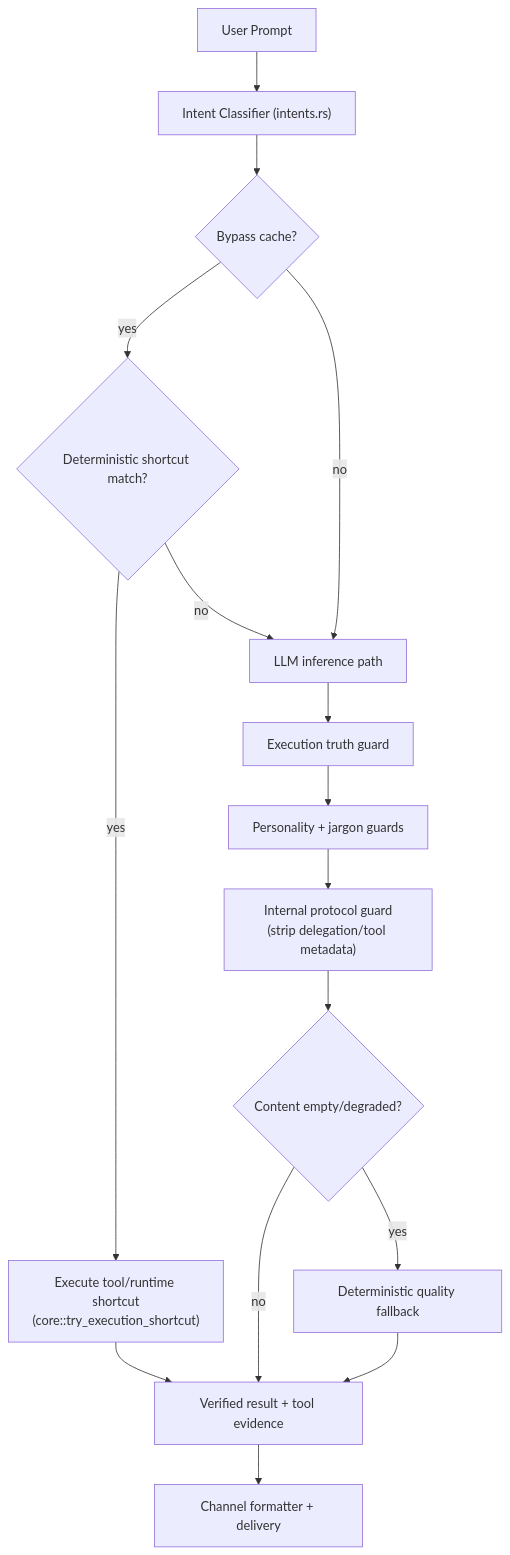
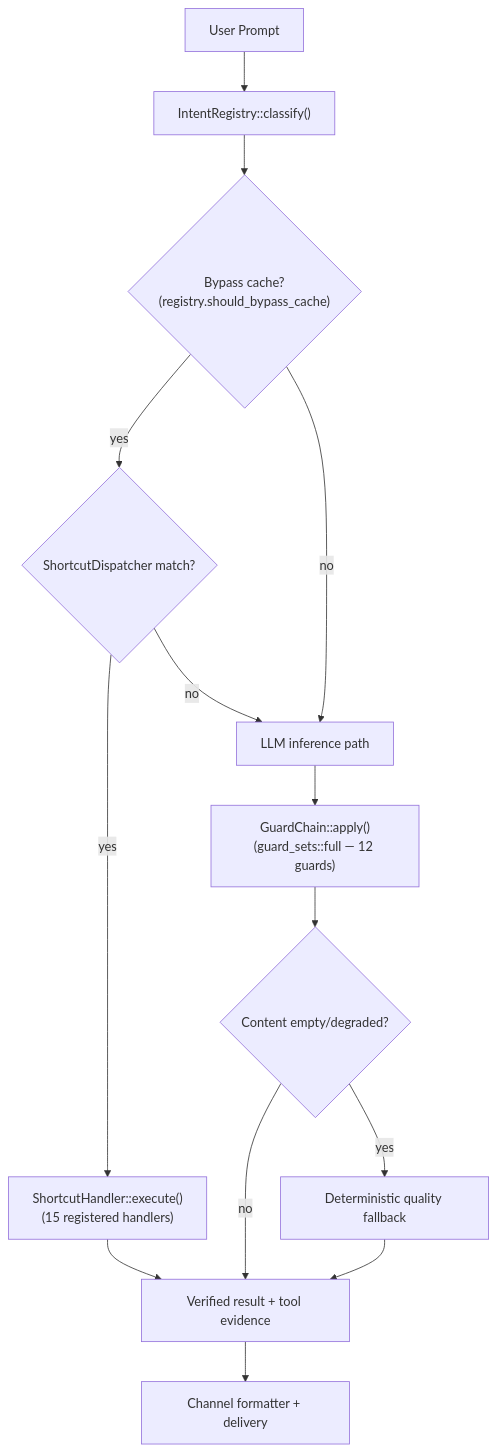
One commit to robot-accomplice/ironclad changed the seventh of 27 diagrams in docs/architecture/ironclad-dataflow.md. Above: the diagram before and after it, drawn with Mermaid. The commit also changed other lines of this file and 3 other files, not shown here.

First line of the commit message:
docs: update architecture docs for unified pipeline architecture

````diff
--- a/docs/architecture/ironclad-dataflow.md
+++ b/docs/architecture/ironclad-dataflow.md
@@ -322,18 +322,16 @@
 ```mermaid
 flowchart TD
-    U["User Prompt"] --> I["Intent Classifier (intents.rs)"]
-    I --> B{"Bypass cache?"}
-    B -->|yes| S{"Deterministic shortcut match?"}
-    S -->|yes| T["Execute tool/runtime shortcut<br/>(core::try_execution_shortcut)"]
+    U["User Prompt"] --> I["IntentRegistry::classify()"]
+    I --> B{"Bypass cache?<br/>(registry.should_bypass_cache)"}
+    B -->|yes| S{"ShortcutDispatcher match?"}
+    S -->|yes| T["ShortcutHandler::execute()<br/>(15 registered handlers)"]
     T --> R["Verified result + tool evidence"]
     S -->|no| M["LLM inference path"]
     B -->|no| M
-    M --> G1["Execution truth guard"]
-    G1 --> G2["Personality + jargon guards"]
-    G2 --> G3["Internal protocol guard<br/>(strip delegation/tool metadata)"]
-    G3 --> F{"Content empty/degraded?"}
+    M --> G["GuardChain::apply()<br/>(guard_sets::full — 12 guards)"]
+    G --> F{"Content empty/degraded?"}
     F -->|yes| D["Deterministic quality fallback"]
     F -->|no| R
     D --> R
     R --> O["Channel formatter + delivery"]
 ```
````
